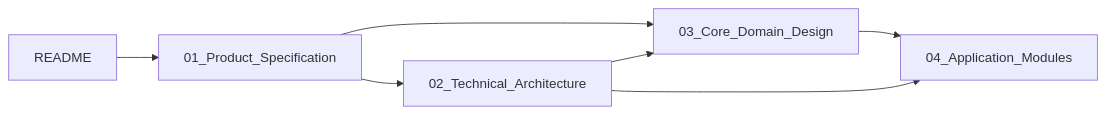
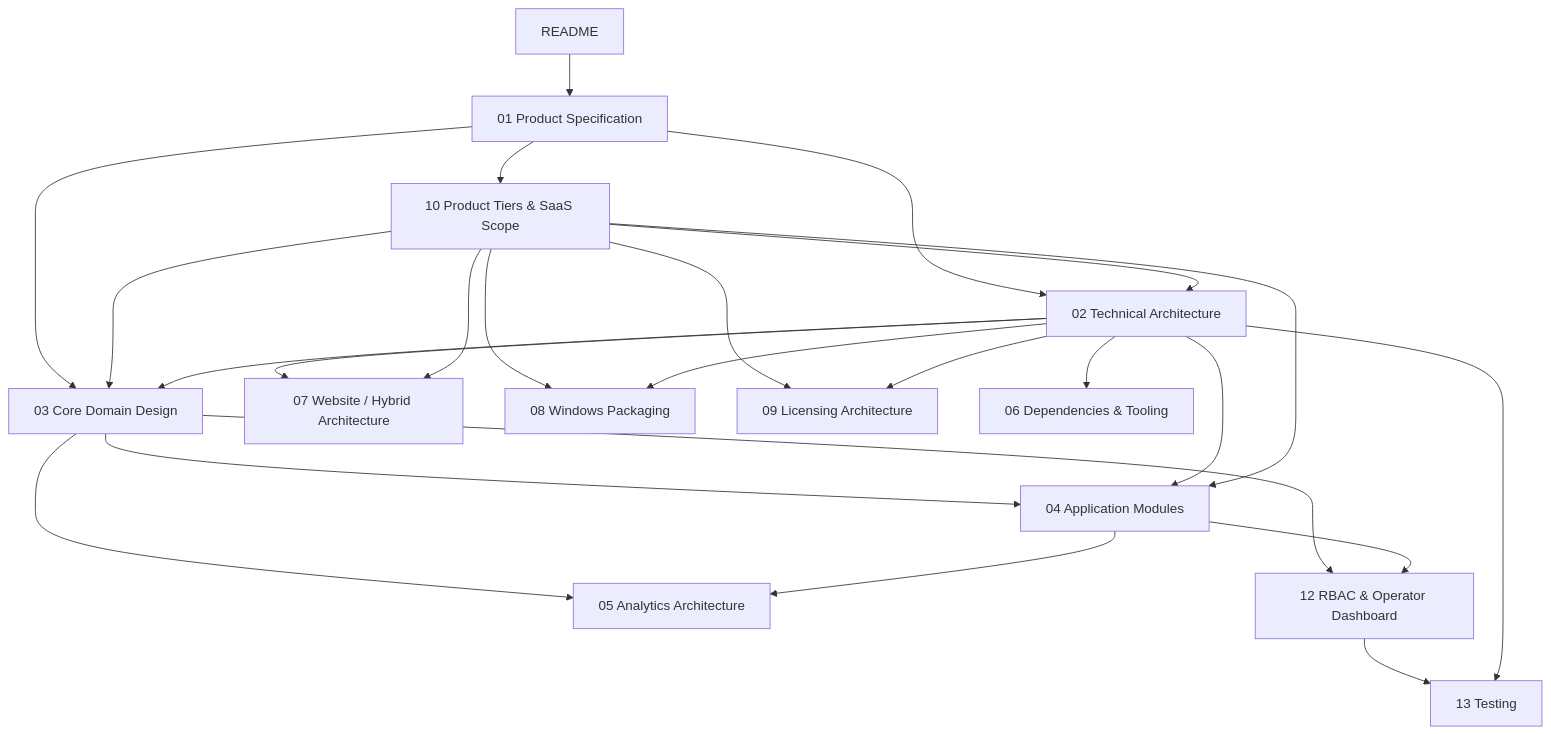
The second of 3 diagrams in docs/README.md (zaighaumrana/lab-software), drawn with Mermaid before and after one commit. The commit also changed other lines of this file, not shown here.

First line of the commit message:
Revise README for LabFlow product updates

````diff
--- a/docs/README.md
+++ b/docs/README.md
@@ -39,9 +177,38 @@
-```mermaid
-flowchart LR
-    README --> P[01_Product_Specification]
-    P --> T[02_Technical_Architecture]
-    P --> D[03_Core_Domain_Design]
+```mermaid id="hey989"
+flowchart TD
+    README --> P[01 Product Specification]
+
+    P --> TIERS[10 Product Tiers & SaaS Scope]
+
+    P --> T[02 Technical Architecture]
+    P --> D[03 Core Domain Design]
+
+    TIERS --> T
+    TIERS --> D
+
     T --> D
-    D --> A[04_Application_Modules]
+
+    D --> A[04 Application Modules]
     T --> A
+    TIERS --> A
+
+    T --> HYBRID[07 Website / Hybrid Architecture]
+    TIERS --> HYBRID
+
+    TIERS --> PACK[08 Windows Packaging]
+    T --> PACK
+
+    TIERS --> LIC[09 Licensing Architecture]
+    T --> LIC
+
+    D --> ANALYTICS[05 Analytics Architecture]
+    A --> ANALYTICS
+
+    T --> DEPS[06 Dependencies & Tooling]
+
+    D --> RBAC[12 RBAC & Operator Dashboard]
+    A --> RBAC
+
+    RBAC --> TEST[13 Testing]
+    T --> TEST
 ```
````
